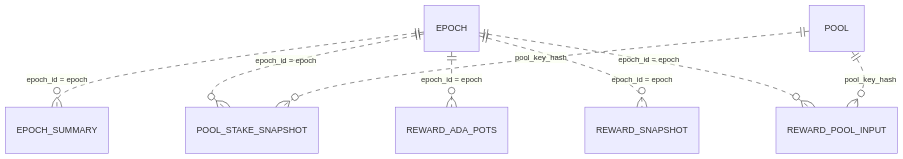
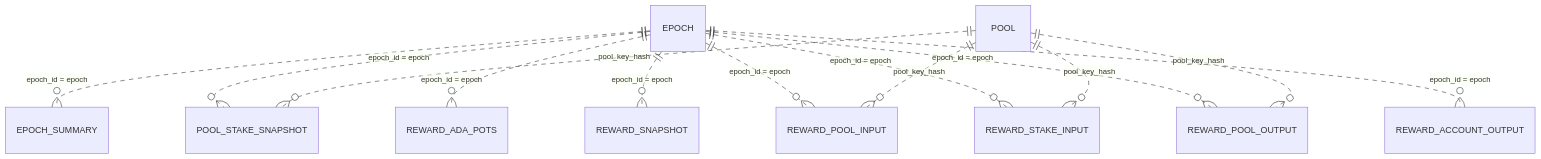
Before and after one commit to blinklabs-io/dingo: the fifth of 6 diagrams in DATABASE.md, drawn with Mermaid. The commit also changed other lines of this file and 13 other files, not shown here.

Commit message:
feat(ledger): capture reward stake snapshots

````diff
--- a/DATABASE.md
+++ b/DATABASE.md
@@ -144,10 +144,15 @@
 ```mermaid
 erDiagram
     EPOCH ||..o{ EPOCH_SUMMARY : "epoch_id = epoch"
     EPOCH ||..o{ POOL_STAKE_SNAPSHOT : "epoch_id = epoch"
     EPOCH ||..o{ REWARD_ADA_POTS : "epoch_id = epoch"
     EPOCH ||..o{ REWARD_SNAPSHOT : "epoch_id = epoch"
     EPOCH ||..o{ REWARD_POOL_INPUT : "epoch_id = epoch"
+    EPOCH ||..o{ REWARD_STAKE_INPUT : "epoch_id = epoch"
+    EPOCH ||..o{ REWARD_POOL_OUTPUT : "epoch_id = epoch"
+    EPOCH ||..o{ REWARD_ACCOUNT_OUTPUT : "epoch_id = epoch"
     POOL ||..o{ POOL_STAKE_SNAPSHOT : "pool_key_hash"
     POOL ||..o{ REWARD_POOL_INPUT : "pool_key_hash"
+    POOL ||..o{ REWARD_STAKE_INPUT : "pool_key_hash"
+    POOL ||..o{ REWARD_POOL_OUTPUT : "pool_key_hash"
 ```
````
